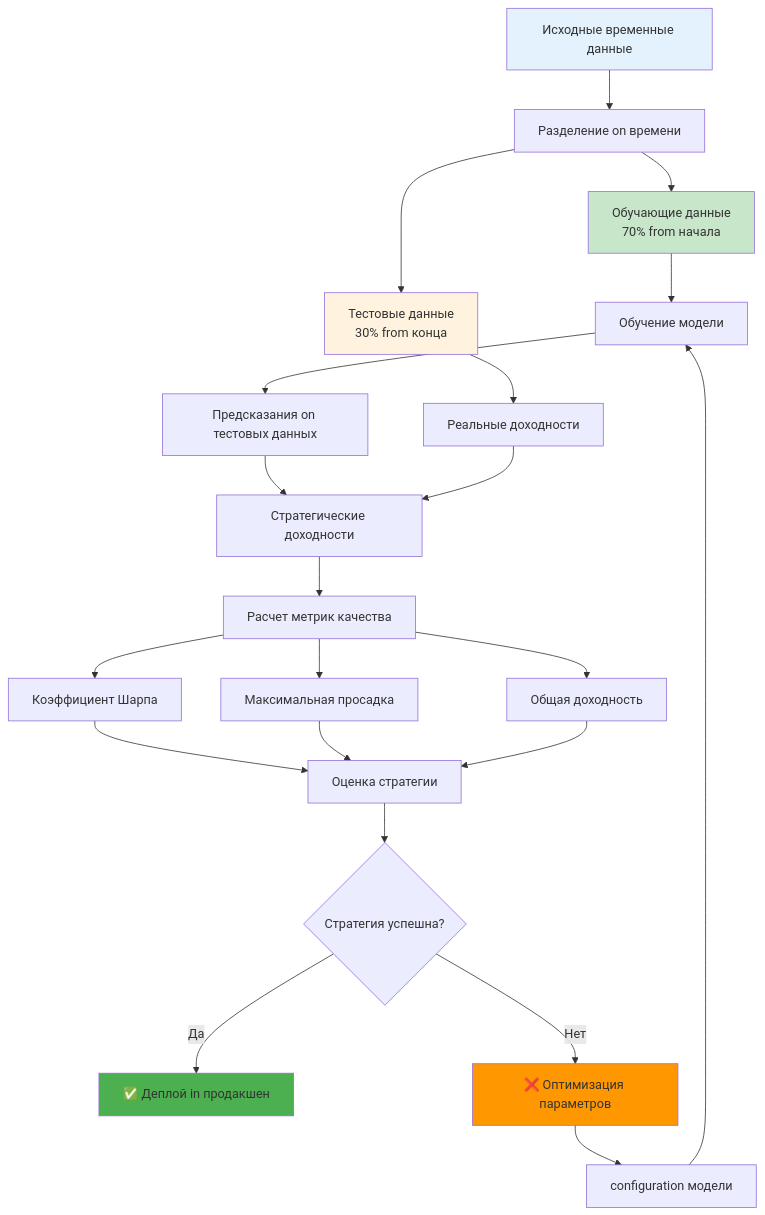
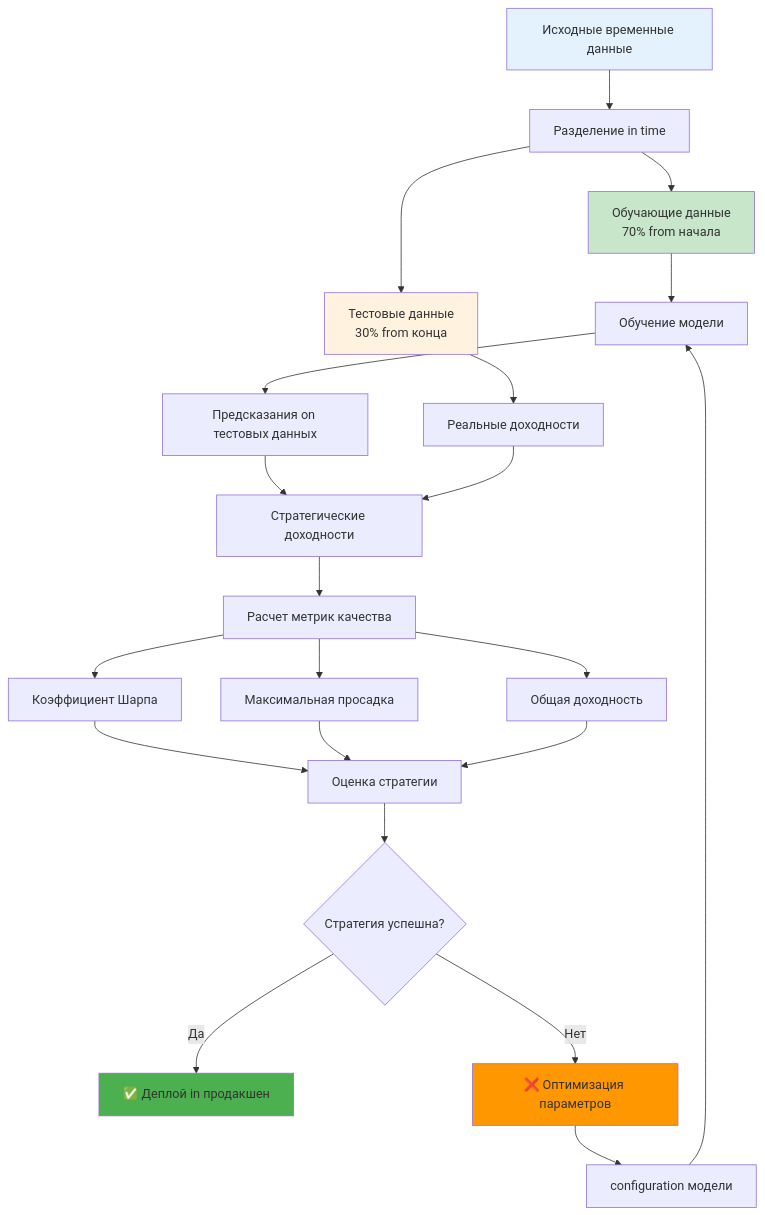
One commit to NeoZorK/neozork-hld-prediction changed the third of 9 diagrams in docs/automl/gluon/29_backtesting_methods.md. Above: the diagram before and after it, drawn with Mermaid. The commit also changed other lines of this file and 102 other files, not shown here.

````diff
--- a/docs/automl/gluon/29_backtesting_methods.md
+++ b/docs/automl/gluon/29_backtesting_methods.md
@@ -146,36 +146,36 @@
 ```mermaid
 graph TD
- A[Исходные временные данные] --> B[Разделение on времени]
+ A[Исходные временные данные] --> B[Разделение in time]
 
  B --> C[Обучающие данные<br/>70% from начала]
  B --> D[Тестовые данные<br/>30% from конца]
 
  C --> E[Обучение модели]
  E --> F[Предсказания on тестовых данных]
 
  D --> G[Реальные доходности]
  F --> H[Стратегические доходности]
  G --> H
 
  H --> I[Расчет метрик качества]
  I --> J[Коэффициент Шарпа]
  I --> K[Максимальная просадка]
  I --> L[Общая доходность]
 
  J --> M[Оценка стратегии]
  K --> M
  L --> M
 
  M --> N{Стратегия успешна?}
  N -->|Да| O[✅ Деплой in продакшен]
  N -->|Нет| P[❌ Оптимизация параметров]
 
  P --> Q[configuration модели]
  Q --> E
 
  style A fill:#e3f2fd
  style C fill:#c8e6c9
  style D fill:#fff3e0
  style O fill:#4caf50
  style P fill:#ff9800
 ```
````
